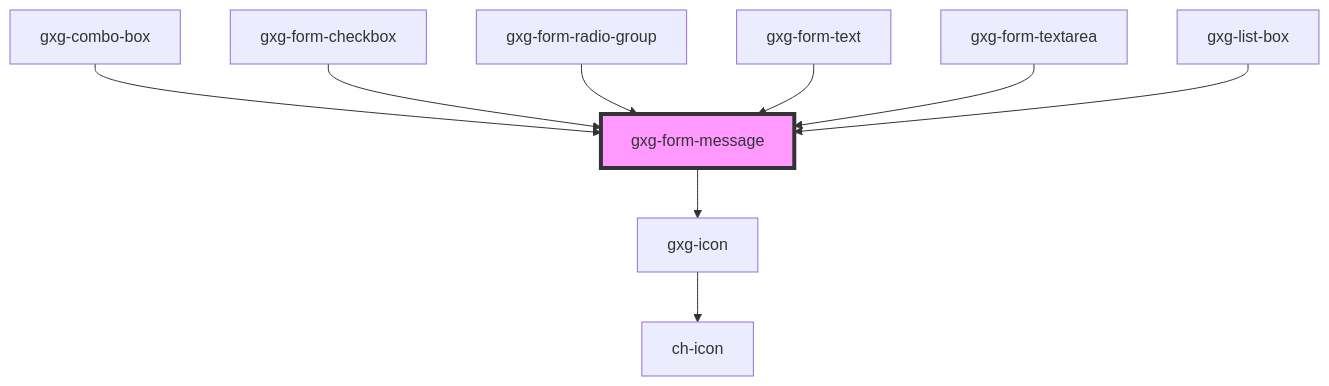
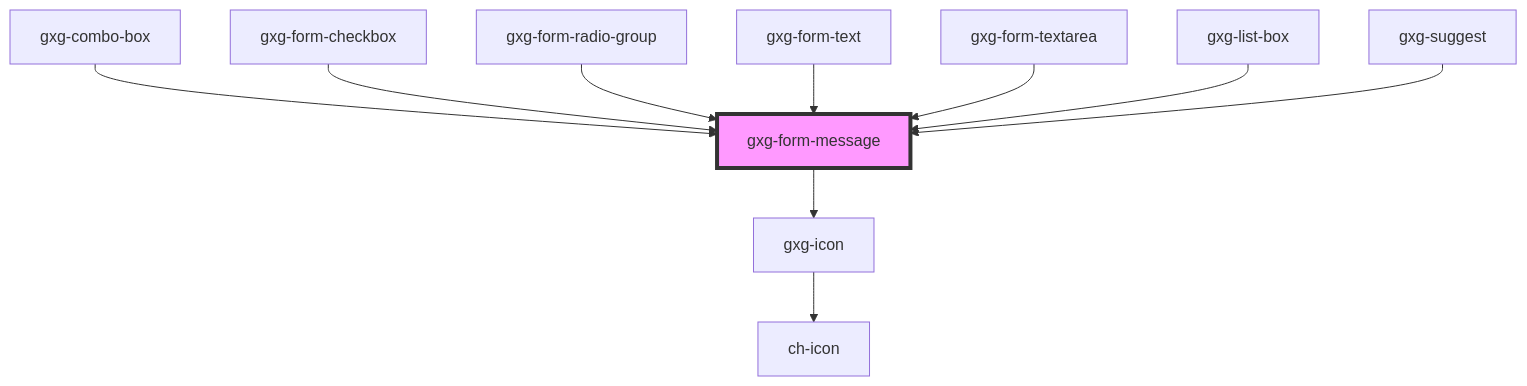
The diagram in src/components/form-message/readme.md (genexuslabs/gemini), drawn with Mermaid before and after one commit. The commit also changed other lines of this file and 20 other files, not shown here.

````diff
--- a/src/components/form-message/readme.md
+++ b/src/components/form-message/readme.md
@@ -33,12 +34,13 @@
 ```mermaid
 graph TD;
   gxg-form-message --> gxg-icon
   gxg-icon --> ch-icon
   gxg-combo-box --> gxg-form-message
   gxg-form-checkbox --> gxg-form-message
   gxg-form-radio-group --> gxg-form-message
   gxg-form-text --> gxg-form-message
   gxg-form-textarea --> gxg-form-message
   gxg-list-box --> gxg-form-message
+  gxg-suggest --> gxg-form-message
   style gxg-form-message fill:#f9f,stroke:#333,stroke-width:4px
 ```
````
